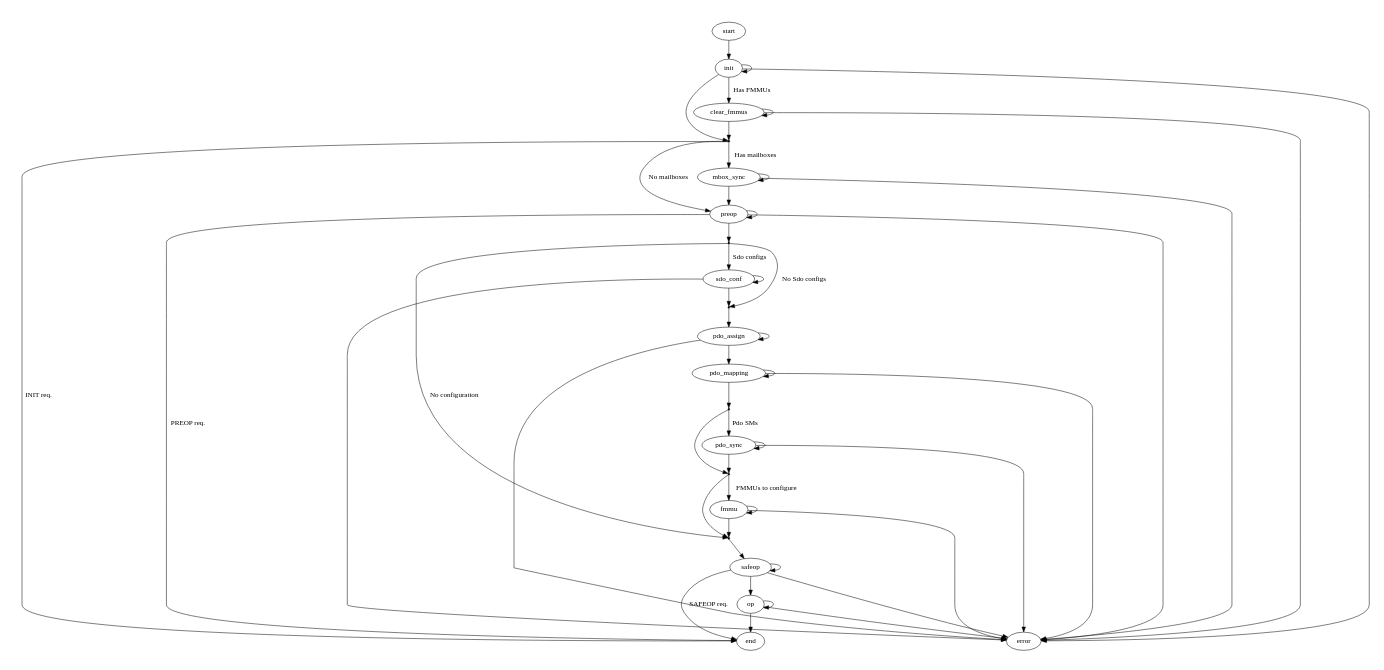
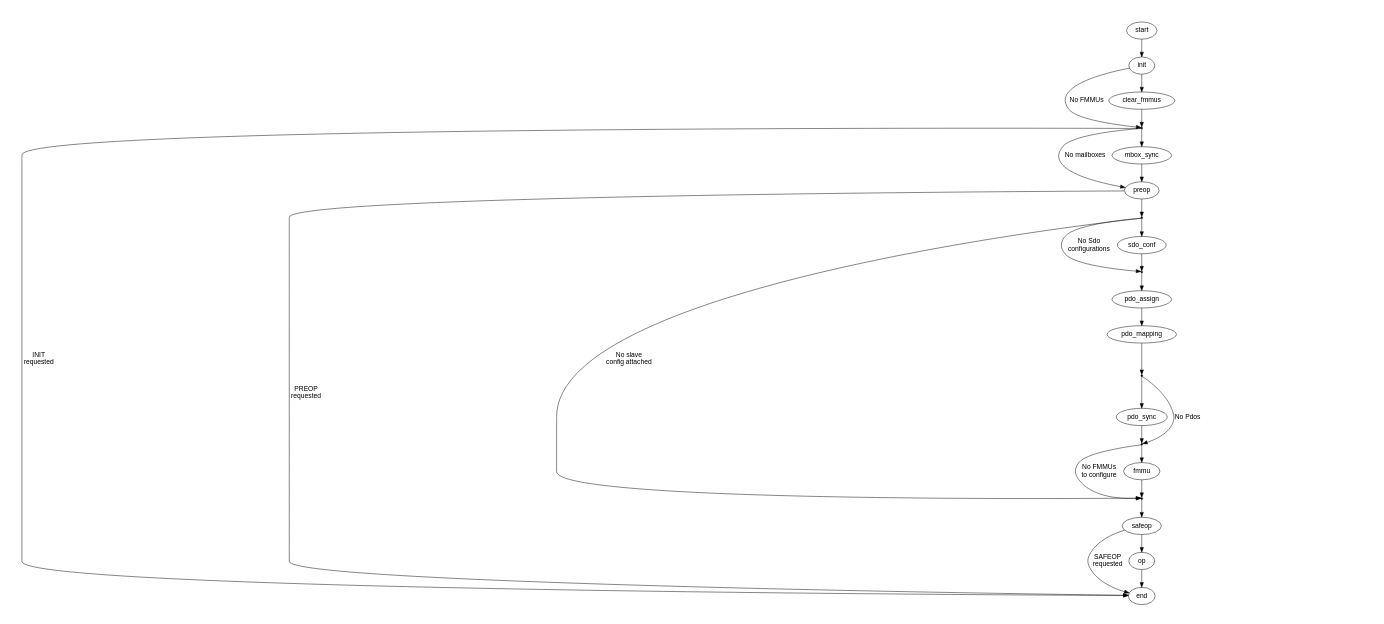
One commit to ribalda/ethercat changed the diagram in documentation/graphs/fsm_slave_conf.dot. Above: the diagram before and after it, drawn with Graphviz.

Commit message:
Cleaned up graph and added fontname.

```diff
--- a/documentation/graphs/fsm_slave_conf.dot
+++ b/documentation/graphs/fsm_slave_conf.dot
@@ -1,65 +1,95 @@
 
 /* $Id$ */
 
 digraph slaveconf {
     size="7,9"
     center=1
-	ratio=fill
+    ratio=fill
+
+    start [fontname="Helvetica"]
+    start -> init [weight=10]
+
+    init [fontname="Helvetica"]
+    //init -> init
+    //init -> error
+    init -> enter_mbox_sync [fontname="Helvetica",label ="No FMMUs"]
+    init -> clear_fmmus [weight=10]
+
+    clear_fmmus [fontname="Helvetica"]
+    //clear_fmmus -> clear_fmmus
+    //clear_fmmus -> error
+    clear_fmmus -> enter_mbox_sync [weight=10]
 
     enter_mbox_sync [shape=point,label=""]
+    enter_mbox_sync -> end [fontname="Helvetica",label="INIT\nrequested"]
+    enter_mbox_sync -> preop [fontname="Helvetica",label="No mailboxes"]
+    enter_mbox_sync -> mbox_sync [weight=10]
+
+    mbox_sync [fontname="Helvetica"]
+    //mbox_sync -> mbox_sync
+    //mbox_sync -> error
+    mbox_sync -> preop [weight=10]
+
+    preop [fontname="Helvetica"]
+    //preop -> preop
+    //preop -> error
+    preop -> end [fontname="Helvetica",label="PREOP\nrequested"]
+    preop -> enter_sdo_conf [weight=10]
+
+    enter_sdo_conf [shape=point,label=""]
+    enter_sdo_conf -> enter_safeop [fontname="Helvetica",label="No slave\nconfig attached"]
+    enter_sdo_conf -> enter_pdo_assign [fontname="Helvetica",label="No Sdo\nconfigurations"]
+    enter_sdo_conf -> sdo_conf [weight=10]
+
+    sdo_conf [fontname="Helvetica"]
+    //sdo_conf -> sdo_conf
+    //sdo_conf -> error
+    sdo_conf -> enter_pdo_assign [weight=10]
+
+    enter_pdo_assign [shape=point,label=""]
+    enter_pdo_assign -> pdo_assign [weight=10]
+
+    pdo_assign [fontname="Helvetica"]
+    //pdo_assign -> pdo_assign
+    //pdo_assign -> error
+    pdo_assign -> pdo_mapping [weight=10]
+
+    pdo_mapping [fontname="Helvetica"]
+    //pdo_mapping -> pdo_mapping
+    //pdo_mapping -> error
+    pdo_mapping -> enter_pdo_sync [weight=10]
+
+    enter_pdo_sync [shape=point,label=""]
+    enter_pdo_sync -> pdo_sync [weight=10]
+    enter_pdo_sync -> enter_fmmu [fontname="Helvetica",label="No Pdos"]
+
+    pdo_sync [fontname="Helvetica"]
+    //pdo_sync -> pdo_sync
+    //pdo_sync -> error
+    pdo_sync -> enter_fmmu [weight=10]
+
     enter_fmmu [shape=point,label=""]
-    enter_sdo_conf [shape=point,label=""]
-    enter_pdo_assign [shape=point,label=""]
-    enter_pdo_sync [shape=point,label=""]
+    enter_fmmu -> enter_safeop [fontname="Helvetica",label="No FMMUs\nto configure"]
+    enter_fmmu -> fmmu [weight=10]
+
+    fmmu [fontname="Helvetica"]
+    //fmmu -> fmmu
+    //fmmu -> error
+    fmmu -> enter_safeop [weight=10]
+
     enter_safeop [shape=point,label=""]
+    enter_safeop -> safeop [weight=10]
 
-    start -> init [weight=10]
-    init -> init
-    init -> error
-    init -> enter_mbox_sync
-    init -> clear_fmmus [label="Has FMMUs", weight=10]
-    clear_fmmus -> clear_fmmus
-    clear_fmmus -> error
-    clear_fmmus -> enter_mbox_sync [weight=10]
-    enter_mbox_sync -> end [label="INIT req."]
-    enter_mbox_sync -> preop [label="No mailboxes"]
-    enter_mbox_sync -> mbox_sync [label="Has mailboxes", weight=10]
-    mbox_sync -> mbox_sync
-    mbox_sync -> error
-    mbox_sync -> preop [weight=10]
-    preop -> preop
-    preop -> error
-    preop -> end [label="PREOP req."]
-    preop -> enter_sdo_conf [weight=10]
-    enter_sdo_conf -> enter_safeop [label="No configuration"]
-    enter_sdo_conf -> enter_pdo_assign [label="No Sdo configs"]
-    enter_sdo_conf -> sdo_conf [label="Sdo configs", weight=10]
-    sdo_conf -> sdo_conf
-    sdo_conf -> error
-    sdo_conf -> enter_pdo_assign [weight=10]
-    enter_pdo_assign -> pdo_assign [weight=10]
-    pdo_assign -> pdo_assign
-    pdo_assign -> error
-    pdo_assign -> pdo_mapping [weight=10]
-    pdo_mapping -> pdo_mapping
-    pdo_mapping -> error
-    pdo_mapping -> enter_pdo_sync [weight=10]
-    enter_pdo_sync -> pdo_sync [label="Pdo SMs", weight=10]
-    enter_pdo_sync -> enter_fmmu
-    pdo_sync -> pdo_sync
-    pdo_sync -> error
-    pdo_sync -> enter_fmmu [weight=10]
-    enter_fmmu -> enter_safeop
-    enter_fmmu -> fmmu [label="FMMUs to configure", weight=10]
-    fmmu -> fmmu
-    fmmu -> error
-    fmmu -> enter_safeop [weight=10]
-    enter_safeop -> safeop
-    safeop -> safeop
-    safeop -> error
-    safeop -> end [label="SAFEOP req."]
+    safeop [fontname="Helvetica"]
+    //safeop -> safeop
+    //safeop -> error
+    safeop -> end [fontname="Helvetica",label="SAFEOP\nrequested"]
     safeop -> op [weight=10]
-    op -> op
-    op -> error
+
+    op [fontname="Helvetica"]
+    //op -> op
+    //op -> error
     op -> end [weight=10]
+
+    end [fontname="Helvetica"]
 }
```
